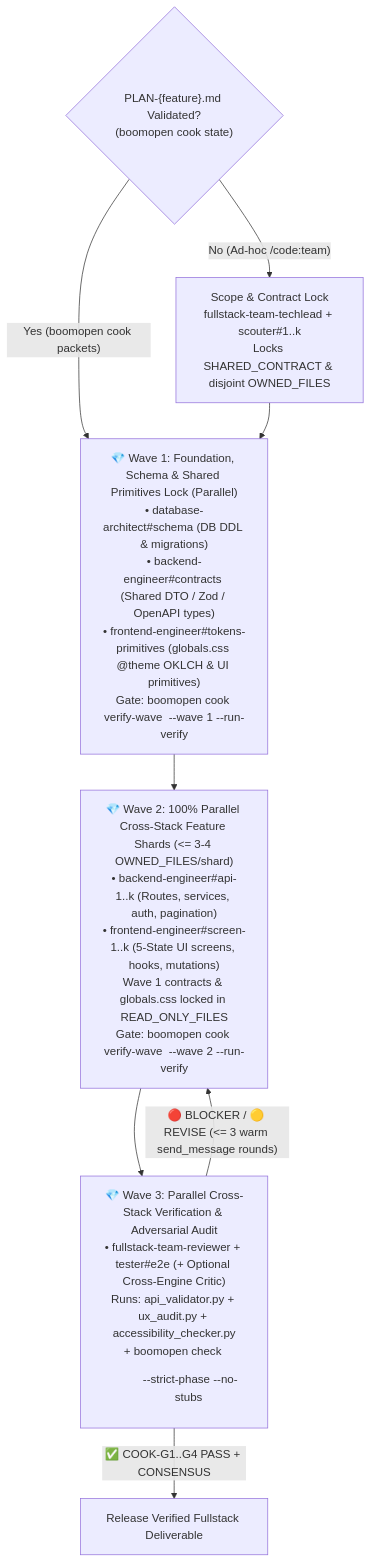
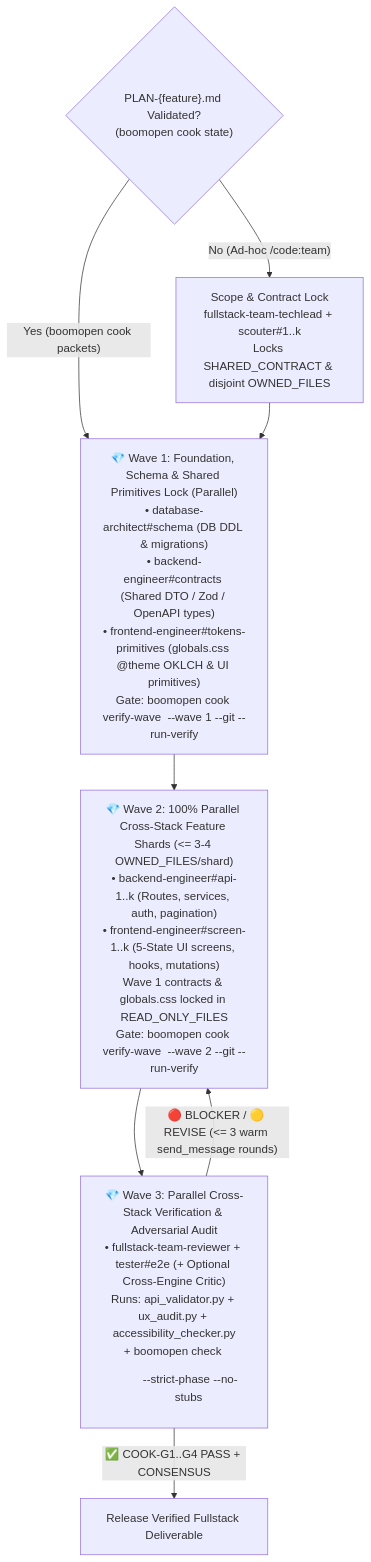
One commit to Kennyboom/BoomOpen-Workflow-Kit-Pro changed the diagram in agents/teams/fullstack-team/_team.md. Above: the diagram before and after it, drawn with Mermaid. The commit also changed other lines of this file and 302 other files, not shown here.

````diff
--- a/agents/teams/fullstack-team/_team.md
+++ b/agents/teams/fullstack-team/_team.md
@@ -46,11 +47,11 @@
 ```mermaid
 flowchart TD
     G0{"PLAN-{feature}.md Validated?<br/>(boomopen cook state)"}
     G0 -->|"Yes (boomopen cook packets)"| W1
     G0 -->|"No (Ad-hoc /code:team)"| S0["Scope & Contract Lock<br/>fullstack-team-techlead + scouter#1..k<br/>Locks SHARED_CONTRACT & disjoint OWNED_FILES"]
-    S0 --> W1["💎 Wave 1: Foundation, Schema & Shared Primitives Lock (Parallel)<br/>• database-architect#schema (DB DDL & migrations)<br/>• backend-engineer#contracts (Shared DTO / Zod / OpenAPI types)<br/>• frontend-engineer#tokens-primitives (globals.css @theme OKLCH & UI primitives)<br/>Gate: boomopen cook verify-wave <plan.md> --wave 1 --run-verify"]
-    W1 --> W2["💎 Wave 2: 100% Parallel Cross-Stack Feature Shards (<= 3-4 OWNED_FILES/shard)<br/>• backend-engineer#api-1..k (Routes, services, auth, pagination)<br/>• frontend-engineer#screen-1..k (5-State UI screens, hooks, mutations)<br/>Wave 1 contracts & globals.css locked in READ_ONLY_FILES<br/>Gate: boomopen cook verify-wave <plan.md> --wave 2 --run-verify"]
+    S0 --> W1["💎 Wave 1: Foundation, Schema & Shared Primitives Lock (Parallel)<br/>• database-architect#schema (DB DDL & migrations)<br/>• backend-engineer#contracts (Shared DTO / Zod / OpenAPI types)<br/>• frontend-engineer#tokens-primitives (globals.css @theme OKLCH & UI primitives)<br/>Gate: boomopen cook verify-wave <plan.md> --wave 1 --git --run-verify"]
+    W1 --> W2["💎 Wave 2: 100% Parallel Cross-Stack Feature Shards (<= 3-4 OWNED_FILES/shard)<br/>• backend-engineer#api-1..k (Routes, services, auth, pagination)<br/>• frontend-engineer#screen-1..k (5-State UI screens, hooks, mutations)<br/>Wave 1 contracts & globals.css locked in READ_ONLY_FILES<br/>Gate: boomopen cook verify-wave <plan.md> --wave 2 --git --run-verify"]
     W2 --> W3["💎 Wave 3: Parallel Cross-Stack Verification & Adversarial Audit<br/>• fullstack-team-reviewer + tester#e2e (+ Optional Cross-Engine Critic)<br/>Runs: api_validator.py + ux_audit.py + accessibility_checker.py<br/>+ boomopen check <dir> --strict-phase --no-stubs"]
     W3 -->|"🔴 BLOCKER / 🟡 REVISE (<= 3 warm send_message rounds)"| W2
     W3 -->|"✅ COOK-G1..G4 PASS + CONSENSUS"| OUT["Release Verified Fullstack Deliverable"]
 ```
````
